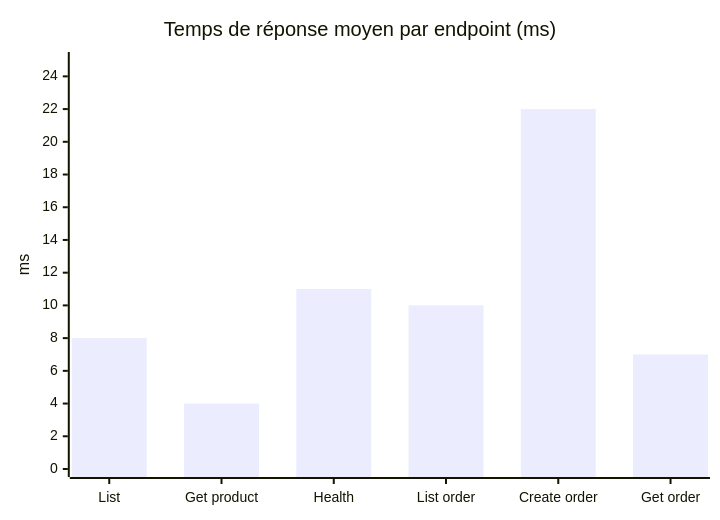
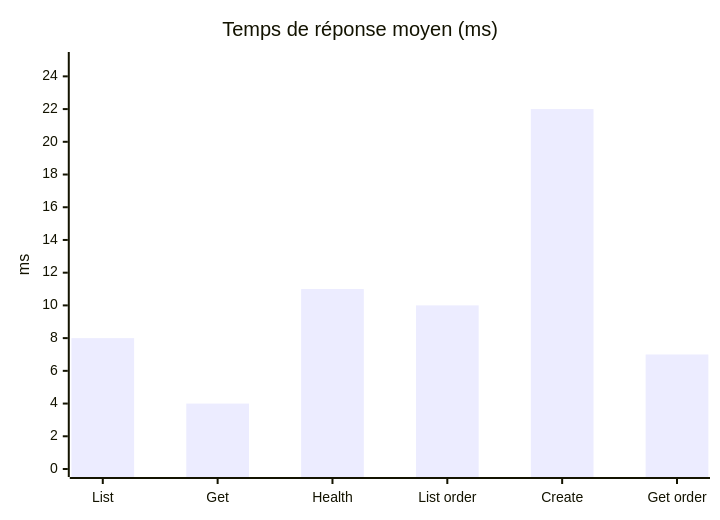
Before and after one commit to Moustapha-Ndoye-dev/e-commerce-api: the second of 2 diagrams in README.md, drawn with Mermaid. The commit also changed other lines of this file, not shown here.

````diff
--- a/README.md
+++ b/README.md
@@ -538,7 +201,7 @@
 ```mermaid
 xychart-beta
-    title "Temps de réponse moyen par endpoint (ms)"
-    x-axis ["List", "Get product", "Health", "List order", "Create order", "Get order"]
+    title "Temps de réponse moyen (ms)"
+    x-axis ["List", "Get", "Health", "List order", "Create", "Get order"]
     y-axis "ms" 0 --> 25
     bar [8, 4, 11, 10, 22, 7]
 ```
````
